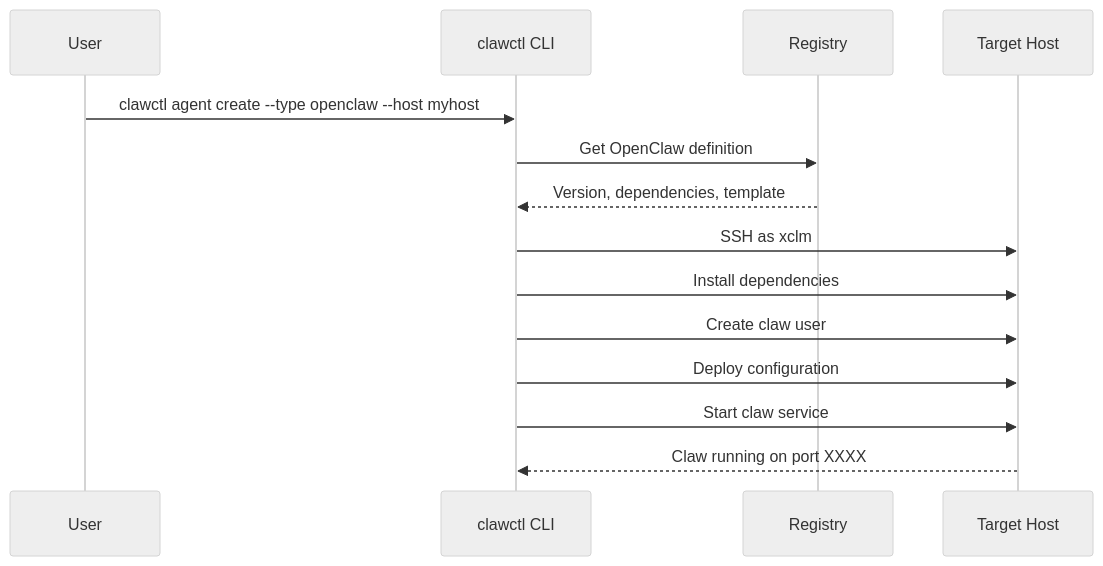
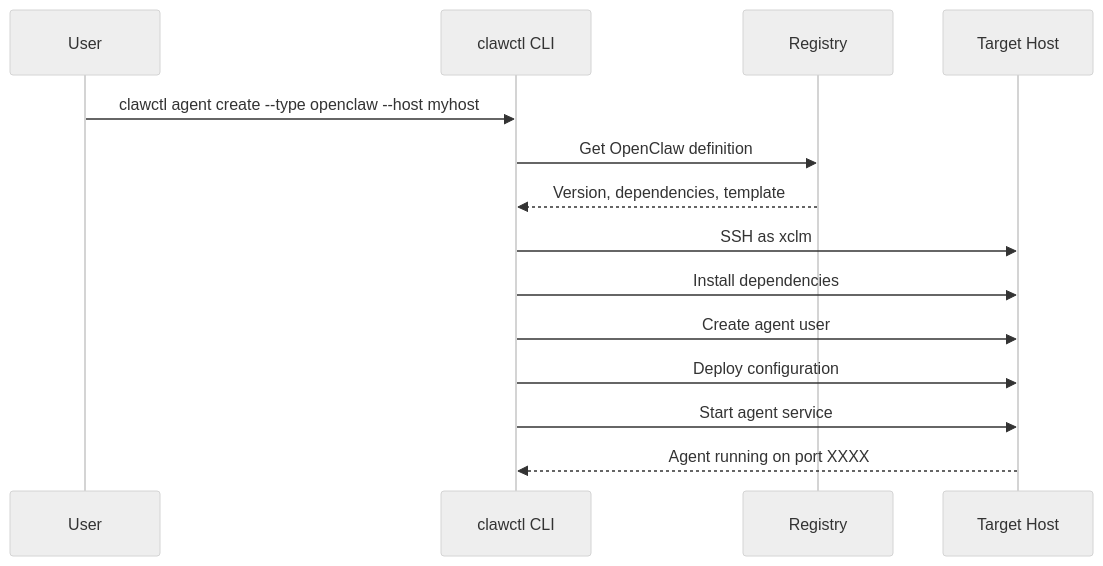
One commit to MiteshSharma/clawrium changed the third of 8 diagrams in website/docs/architecture.md. Above: the diagram before and after it, drawn with Mermaid (neutral theme). The commit also changed other lines of this file and 25 other files, not shown here.

First line of the commit message:
docs(landing): restructure first-success path and rename Claw→Agent

````diff
--- a/website/docs/architecture.md
+++ b/website/docs/architecture.md
@@ -94,17 +98,17 @@
 ```mermaid
 sequenceDiagram
     participant User
     participant CLM as clawctl CLI
     participant Registry
     participant Host as Target Host
 
     User->>CLM: clawctl agent create --type openclaw --host myhost
     CLM->>Registry: Get OpenClaw definition
     Registry-->>CLM: Version, dependencies, template
     CLM->>Host: SSH as xclm
     CLM->>Host: Install dependencies
-    CLM->>Host: Create claw user
+    CLM->>Host: Create agent user
     CLM->>Host: Deploy configuration
-    CLM->>Host: Start claw service
-    Host-->>CLM: Claw running on port XXXX
+    CLM->>Host: Start agent service
+    Host-->>CLM: Agent running on port XXXX
 ```
````
